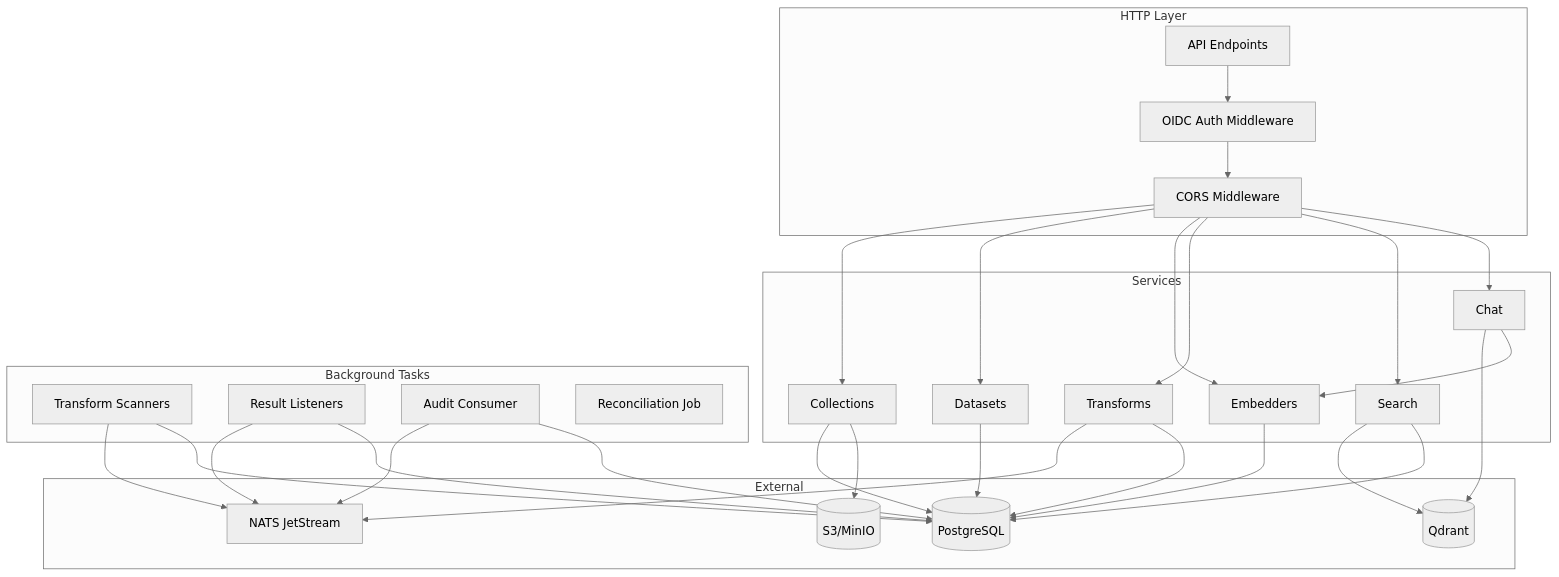
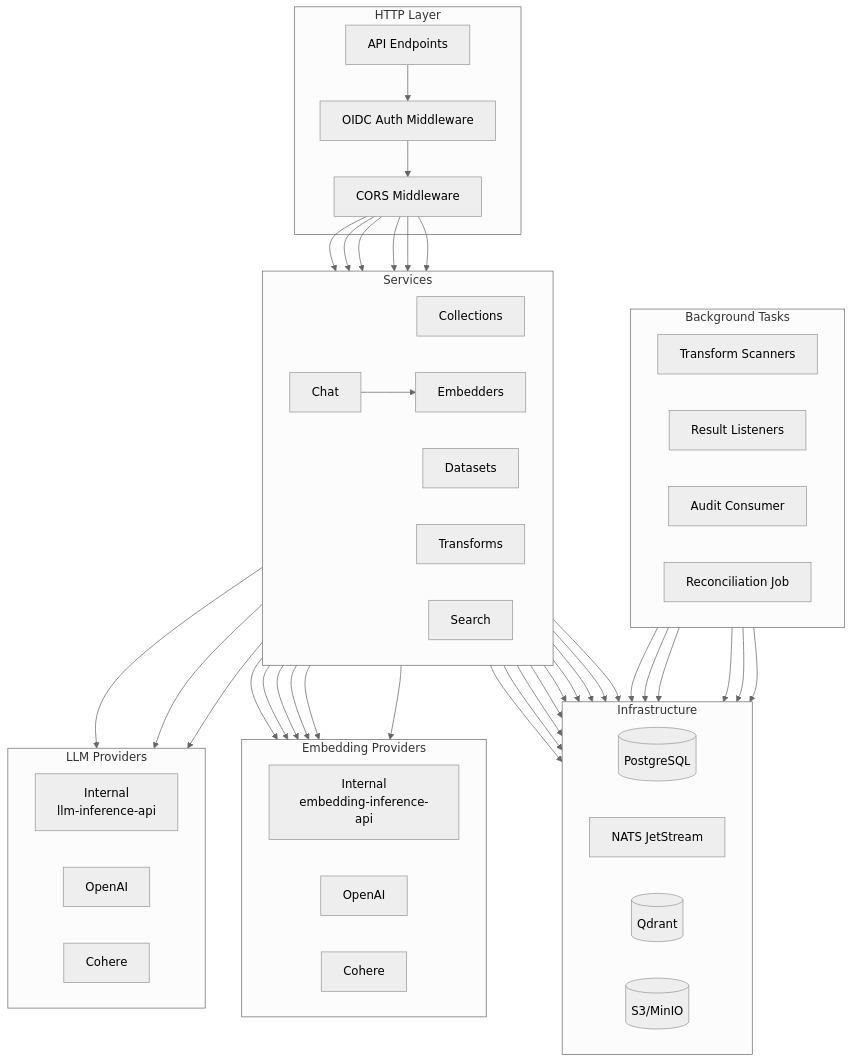
One commit to FishySoftware/semantic-explorer changed the diagram in crates/api/README.md. Above: the diagram before and after it, drawn with Mermaid (neutral theme). The commit also changed other lines of this file and 8 other files, not shown here.

````diff
--- a/crates/api/README.md
+++ b/crates/api/README.md
@@ -37,45 +37,73 @@
 ```mermaid
 graph TD
     subgraph "HTTP Layer"
         API[API Endpoints]
         AUTH[OIDC Auth Middleware]
         CORS[CORS Middleware]
     end
 
     subgraph "Services"
+        direction LR
         COLL[Collections]
         DS[Datasets]
         EMB[Embedders]
         TRANS[Transforms]
         SEARCH[Search]
         CHAT[Chat]
     end
 
     subgraph "Background Tasks"
+        direction LR
         SCANNER[Transform Scanners]
         LISTENER[Result Listeners]
         AUDIT[Audit Consumer]
         RECON[Reconciliation Job]
     end
 
-    subgraph "External"
+    subgraph "Infrastructure"
+        direction LR
         PG[(PostgreSQL)]
         NATS[NATS JetStream]
         QD[(Qdrant)]
         S3[(S3/MinIO)]
+    end
+
+    subgraph "Embedding Providers"
+        direction LR
+        INT_EMB[Internal<br/>embedding-inference-api]
+        OAI_EMB[OpenAI]
+        COH_EMB[Cohere]
+    end
+
+    subgraph "LLM Providers"
+        direction LR
+        INT_LLM[Internal<br/>llm-inference-api]
+        OAI_LLM[OpenAI]
+        COH_LLM[Cohere]
     end
 
     API --> AUTH --> CORS
     CORS --> COLL & DS & EMB & TRANS & SEARCH & CHAT
 
     COLL --> PG & S3
     DS --> PG
     EMB --> PG
     TRANS --> NATS & PG
+
     SEARCH --> QD & PG
+    SEARCH --> INT_EMB
+    SEARCH --> OAI_EMB
+    SEARCH --> COH_EMB
+
     CHAT --> QD & EMB
+    CHAT --> INT_LLM
+    CHAT --> OAI_LLM
+    CHAT --> COH_LLM
+    CHAT --> INT_EMB
+    CHAT --> OAI_EMB
+    CHAT --> COH_EMB
 
     SCANNER --> NATS & PG
     LISTENER --> NATS & PG
     AUDIT --> NATS & PG
 ```
````
